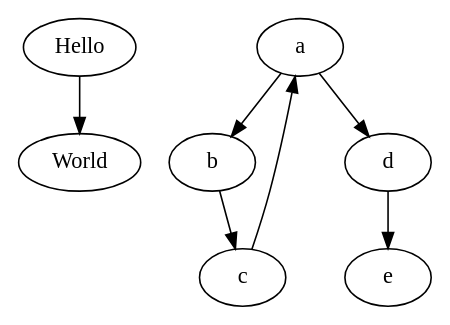
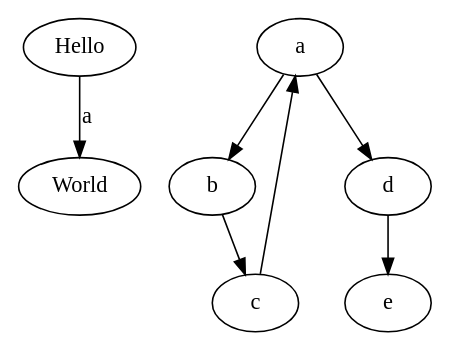
Before and after one commit to biankatpas/grafos: the diagram in ex1/hello.gv, drawn with Graphviz. The commit also changed 4 other files, not shown here.

```diff
--- a/ex1/hello.gv
+++ b/ex1/hello.gv
@@ -1,8 +1,8 @@
 digraph G {
-	Hello -> World
+	Hello -> World [label=a]
 	a -> b
 	b -> c
 	c -> a
 	a -> d
 	d -> e
 }
```
